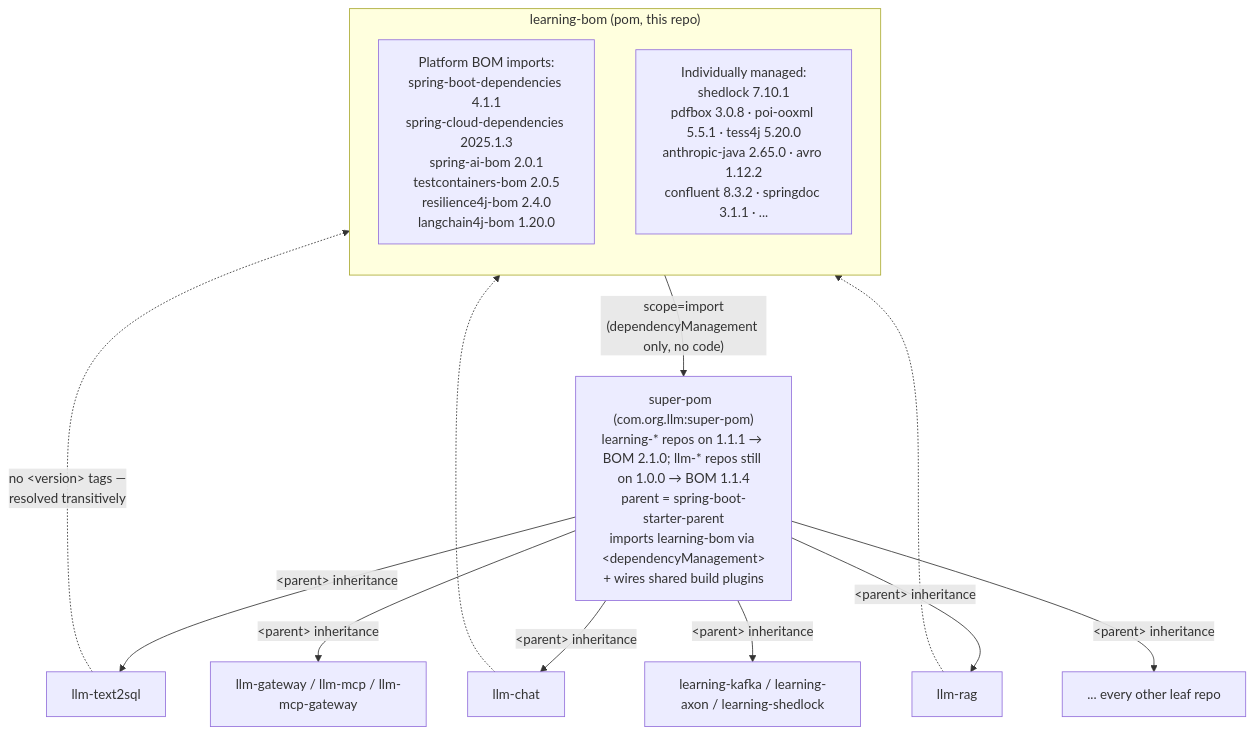
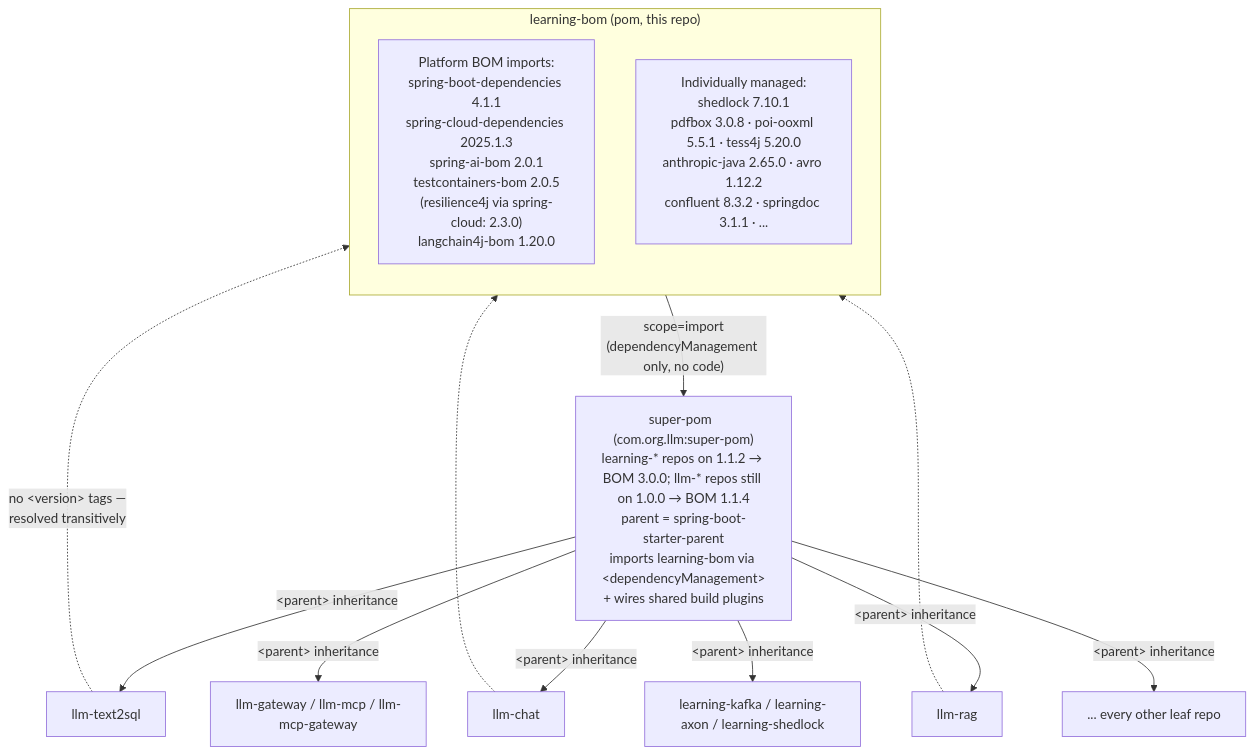
Before and after one commit to himnay/learning-bom: the first of 2 diagrams in README.md, drawn with Mermaid. The commit also changed other lines of this file and 1 other file, not shown here.

First line of the commit message:
Release learning-bom 3.0.0: let Spring Cloud govern Resilience4j (2.3.0)

````diff
--- a/README.md
+++ b/README.md
@@ -310,23 +313,23 @@
 ```mermaid
 flowchart TD
     subgraph BOM["learning-bom  (pom, this repo)"]
         direction TB
-        A1["Platform BOM imports:<br/>spring-boot-dependencies 4.1.1<br/>spring-cloud-dependencies 2025.1.3<br/>spring-ai-bom 2.0.1<br/>testcontainers-bom 2.0.5<br/>resilience4j-bom 2.4.0<br/>langchain4j-bom 1.20.0"]
+        A1["Platform BOM imports:<br/>spring-boot-dependencies 4.1.1<br/>spring-cloud-dependencies 2025.1.3<br/>spring-ai-bom 2.0.1<br/>testcontainers-bom 2.0.5<br/>(resilience4j via spring-cloud: 2.3.0)<br/>langchain4j-bom 1.20.0"]
         A2["Individually managed:<br/>shedlock 7.10.1<br/>pdfbox 3.0.8 · poi-ooxml 5.5.1 · tess4j 5.20.0<br/>anthropic-java 2.65.0 · avro 1.12.2<br/>confluent 8.3.2 · springdoc 3.1.1 · ..."]
     end
 
-    SP["super-pom  (com.org.llm:super-pom)<br/>learning-* repos on 1.1.1 → BOM 2.1.0; llm-* repos still on 1.0.0 → BOM 1.1.4<br/>parent = spring-boot-starter-parent<br/>imports learning-bom via &lt;dependencyManagement&gt;<br/>+ wires shared build plugins"]
+    SP["super-pom  (com.org.llm:super-pom)<br/>learning-* repos on 1.1.2 → BOM 3.0.0; llm-* repos still on 1.0.0 → BOM 1.1.4<br/>parent = spring-boot-starter-parent<br/>imports learning-bom via &lt;dependencyManagement&gt;<br/>+ wires shared build plugins"]
 
     BOM -- "scope=import<br/>(dependencyManagement only, no code)" --> SP
 
     SP -- "&lt;parent&gt; inheritance" --> L1["llm-text2sql"]
     SP -- "&lt;parent&gt; inheritance" --> L2["llm-chat"]
     SP -- "&lt;parent&gt; inheritance" --> L3["llm-rag"]
     SP -- "&lt;parent&gt; inheritance" --> L4["llm-gateway / llm-mcp / llm-mcp-gateway"]
     SP -- "&lt;parent&gt; inheritance" --> L5["learning-kafka / learning-axon / learning-shedlock"]
     SP -- "&lt;parent&gt; inheritance" --> L6["... every other leaf repo"]
 
     L1 -.->|"no &lt;version&gt; tags —<br/>resolved transitively"| BOM
     L2 -.-> BOM
     L3 -.-> BOM
 ```
````
